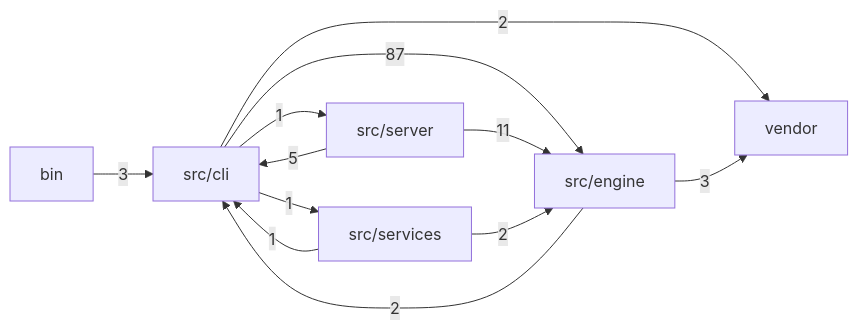
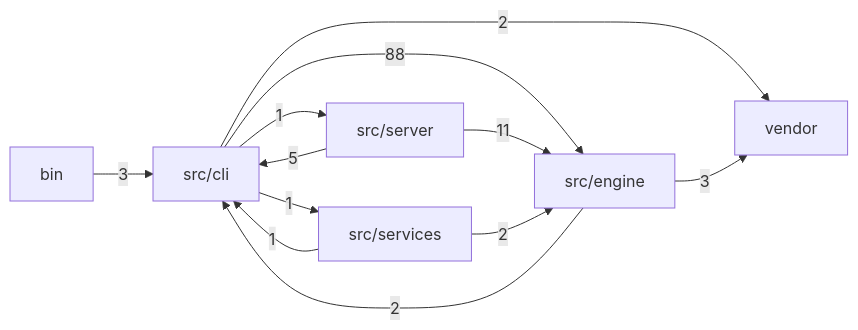
Before and after one commit to mgillr/memev: the first of 2 diagrams in docs/MODULES.md, drawn with Mermaid. The commit also changed other lines of this file and 7 other files, not shown here.

````diff
--- a/docs/MODULES.md
+++ b/docs/MODULES.md
@@ -11,20 +11,20 @@
 ```mermaid
 flowchart LR
   bin["bin"]
   cli["src/cli"]
   engine["src/engine"]
   server["src/server"]
   services["src/services"]
   vendor["vendor"]
   bin -->|"3"| cli
-  cli -->|"87"| engine
+  cli -->|"88"| engine
   cli -->|"1"| server
   cli -->|"1"| services
   cli -->|"2"| vendor
   engine -->|"2"| cli
   engine -->|"3"| vendor
   server -->|"5"| cli
   server -->|"11"| engine
   services -->|"1"| cli
   services -->|"2"| engine
 ```
````
